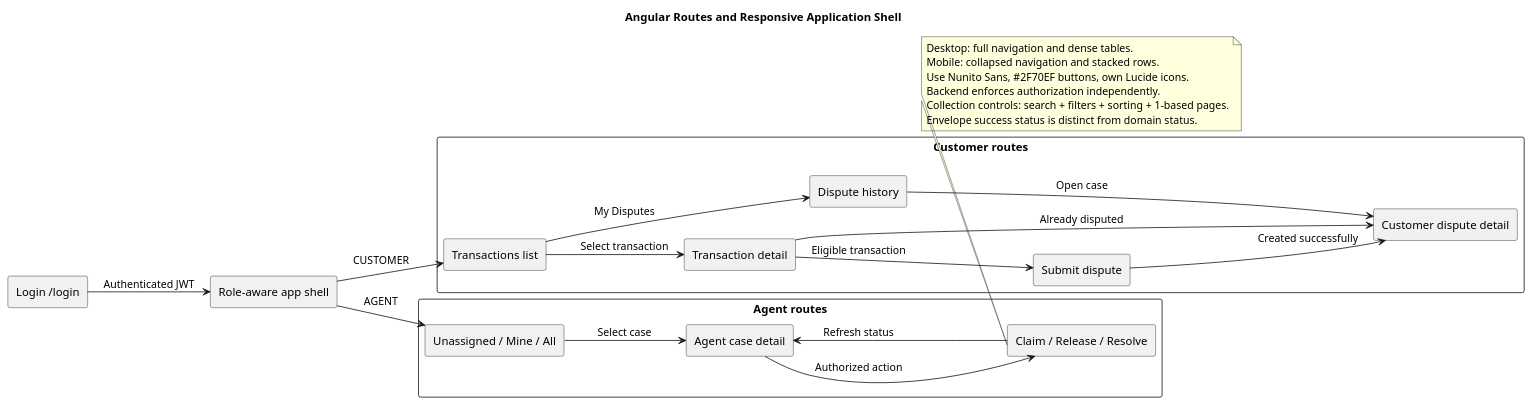
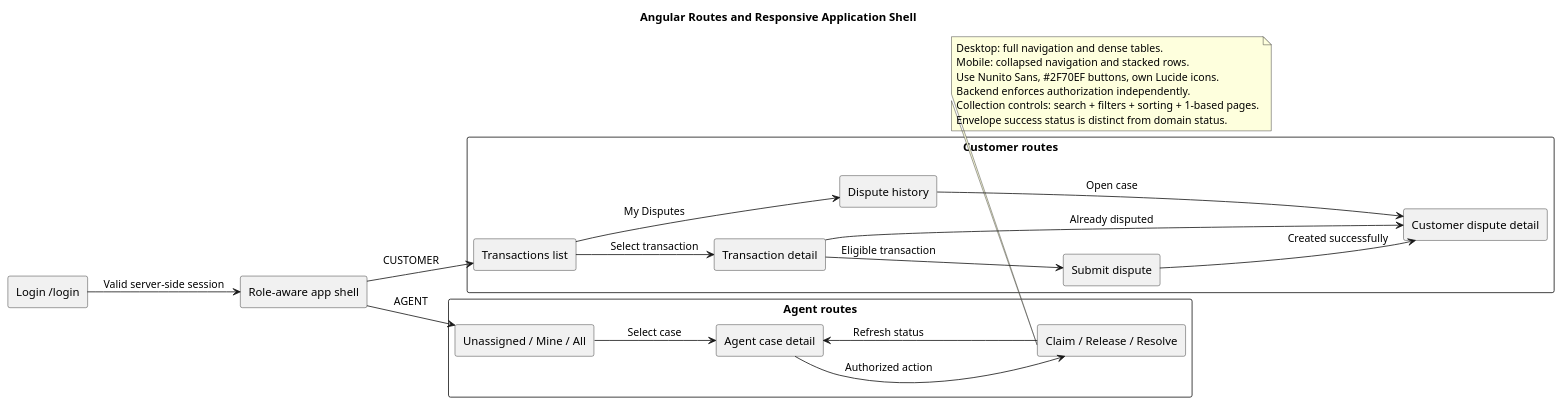
Before and after one commit to DonaldMbara/transaction-dispute-portal: the diagram in docs/design/plantuml/frontend-navigation.puml, drawn with PlantUML. The commit also changed 27 other files, not shown here.

Commit message:
docs: align architecture with session-based authentication

```diff
--- a/docs/design/plantuml/frontend-navigation.puml
+++ b/docs/design/plantuml/frontend-navigation.puml
@@ -1,39 +1,39 @@
 @startuml
 !pragma layout smetana
 title Angular Routes and Responsive Application Shell
 left to right direction
 rectangle "Login /login" as Login
 rectangle "Role-aware app shell" as Shell
 rectangle "Customer routes" {
   rectangle "Transactions list" as T
   rectangle "Transaction detail" as TD
   rectangle "Submit dispute" as F
   rectangle "Dispute history" as H
   rectangle "Customer dispute detail" as HD
 }
 rectangle "Agent routes" {
   rectangle "Unassigned / Mine / All" as Q
   rectangle "Agent case detail" as AD
   rectangle "Claim / Release / Resolve" as ACT
 }
-Login --> Shell : Authenticated JWT
+Login --> Shell : Valid server-side session
 Shell --> T : CUSTOMER
 Shell --> Q : AGENT
 T --> TD : Select transaction
 TD --> F : Eligible transaction
 TD --> HD : Already disputed
 F --> HD : Created successfully
 T --> H : My Disputes
 H --> HD : Open case
 Q --> AD : Select case
 AD --> ACT : Authorized action
 ACT --> AD : Refresh status
 note bottom
 Desktop: full navigation and dense tables.
 Mobile: collapsed navigation and stacked rows.
 Use Nunito Sans, #2F70EF buttons, own Lucide icons.
 Backend enforces authorization independently.
 Collection controls: search + filters + sorting + 1-based pages.
 Envelope success status is distinct from domain status.
 end note
 @enduml
```
